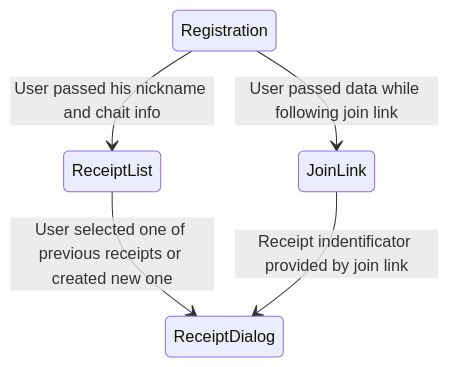
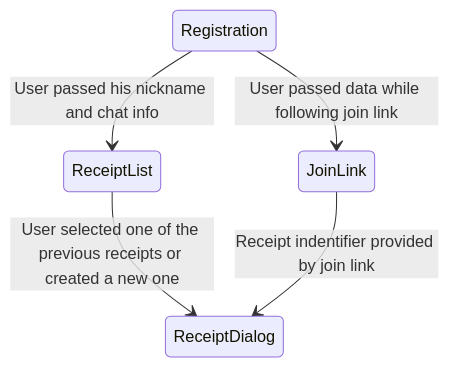
Before and after one commit to BeaverNotACat/receipt-splitting-bot: the first of 2 diagrams in docs/Domain/user flows.md, drawn with Mermaid. The commit also changed other lines of this file and 5 other files, not shown here.

````diff
--- a/docs/Domain/user flows.md
+++ b/docs/Domain/user flows.md
@@ -2,8 +2,8 @@
 ```mermaid
 stateDiagram-v2
 
-Registration --> ReceiptList: User passed his nickname and chait info
+Registration --> ReceiptList: User passed his nickname and chat info
 Registration --> JoinLink: User passed data while following join link
-ReceiptList --> ReceiptDialog: User selected one of previous receipts or created new one
-JoinLink --> ReceiptDialog: Receipt indentificator provided by join link    
+ReceiptList --> ReceiptDialog: User selected one of the previous receipts or created a new one
+JoinLink --> ReceiptDialog: Receipt indentifier provided by join link    
 ```
````
